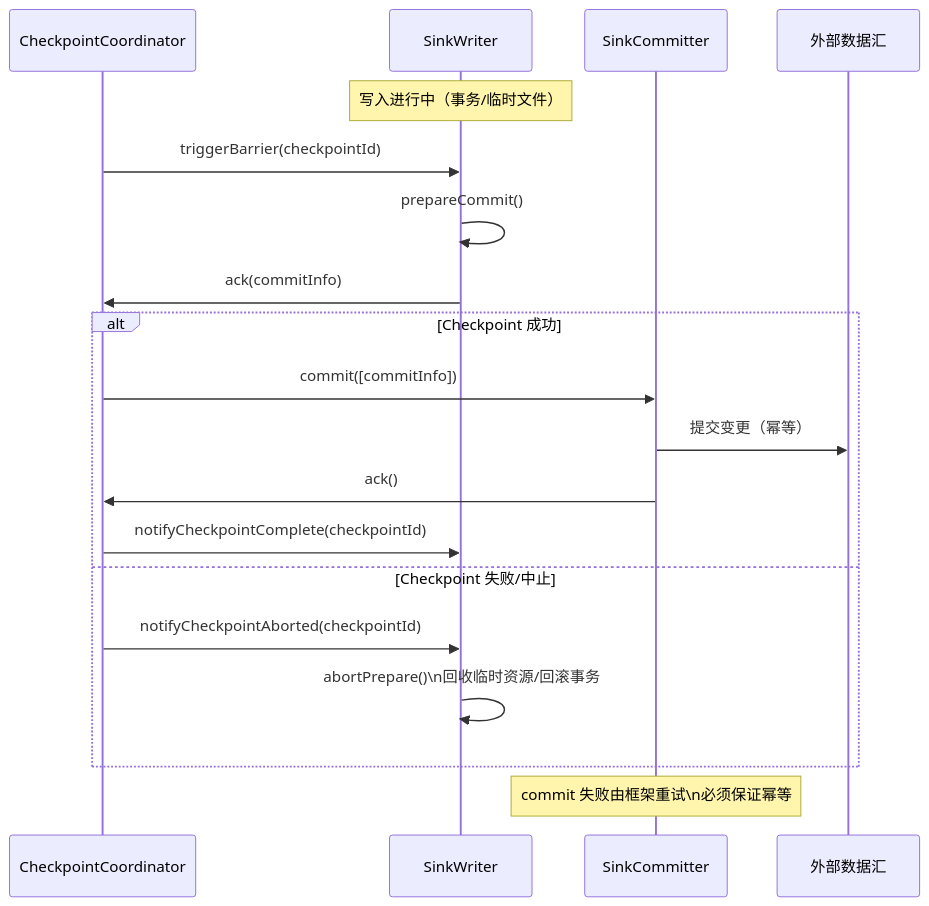
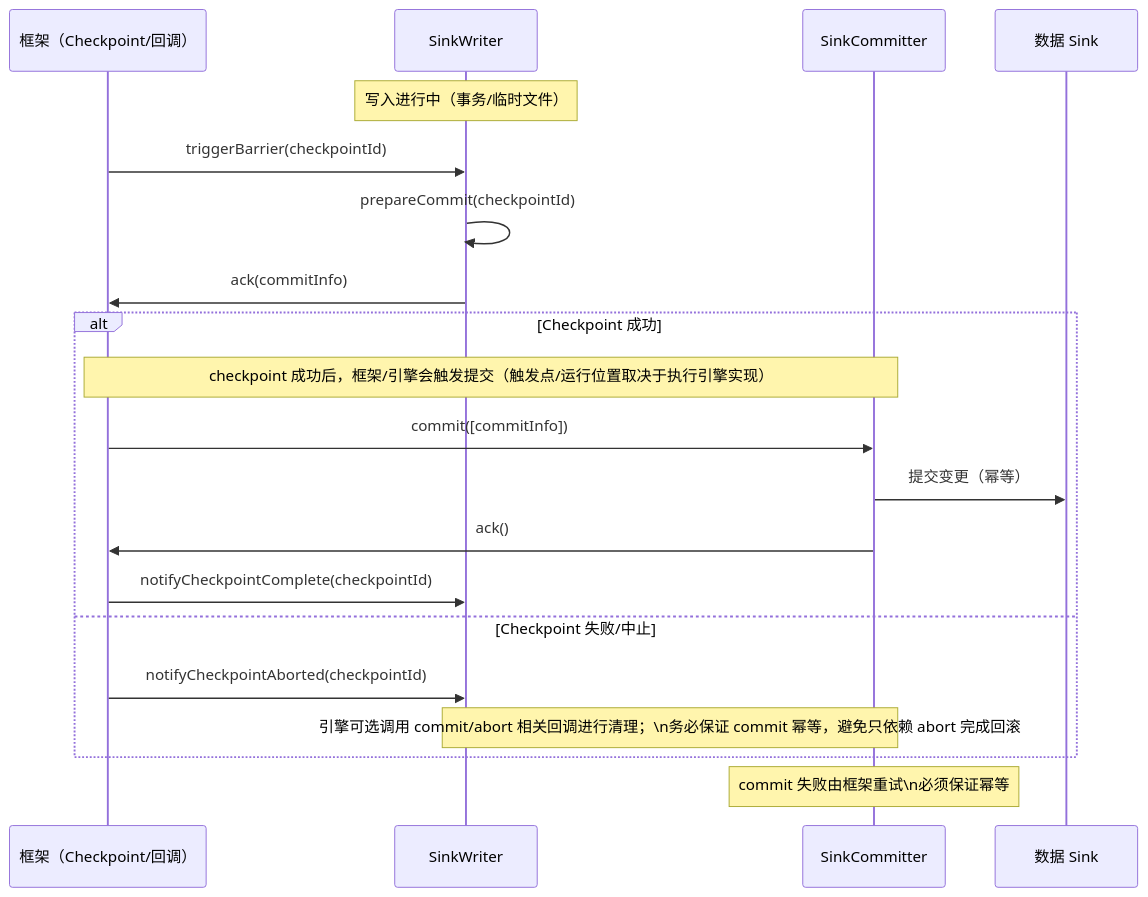
Before and after one commit to apache/seatunnel: the second of 2 diagrams in docs/zh/architecture/api-design/sink-architecture.md, drawn with Mermaid. The commit also changed other lines of this file and 12 other files, not shown here.

Commit message:
Docs: review and refine architecture documents for accuracy

````diff
--- a/docs/zh/architecture/api-design/sink-architecture.md
+++ b/docs/zh/architecture/api-design/sink-architecture.md
@@ -147,25 +144,26 @@
 ```mermaid
 sequenceDiagram
-    participant CP as CheckpointCoordinator
+    participant CP as 框架（Checkpoint/回调）
     participant Writer as SinkWriter
     participant Committer as SinkCommitter
-    participant Sink as 外部数据汇
+    participant Sink as 数据 Sink
 
     Note over Writer: 写入进行中（事务/临时文件）
 
     CP->>Writer: triggerBarrier(checkpointId)
-    Writer->>Writer: prepareCommit()
+    Writer->>Writer: prepareCommit(checkpointId)
     Writer->>CP: ack(commitInfo)
 
     alt Checkpoint 成功
+        Note over CP,Committer: checkpoint 成功后，框架/引擎会触发提交（触发点/运行位置取决于执行引擎实现）
         CP->>Committer: commit([commitInfo])
         Committer->>Sink: 提交变更（幂等）
         Committer->>CP: ack()
         CP->>Writer: notifyCheckpointComplete(checkpointId)
     else Checkpoint 失败/中止
         CP->>Writer: notifyCheckpointAborted(checkpointId)
-        Writer->>Writer: abortPrepare()\n回收临时资源/回滚事务
+        Note over Writer,Committer: 引擎可选调用 commit/abort 相关回调进行清理；\n务必保证 commit 幂等，避免只依赖 abort 完成回滚
     end
 
     Note over Committer: commit 失败由框架重试\n必须保证幂等
 ```
````
